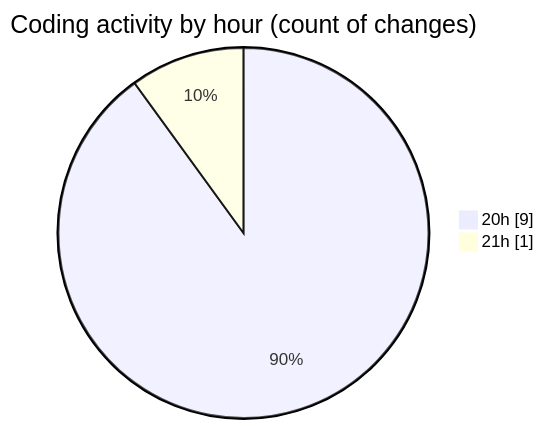
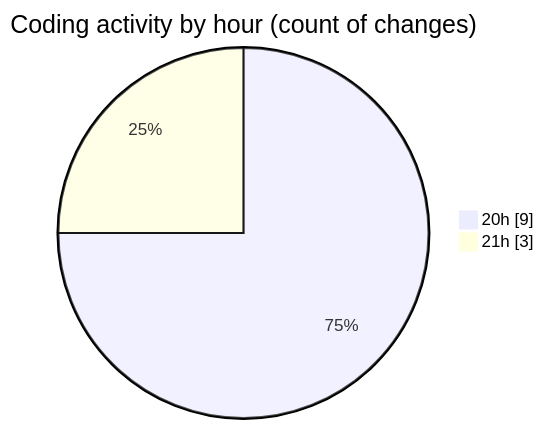
The second of 2 diagrams in 2025-12-08/dsa/README.md (Ritupan-Deka/code-tracking), drawn with Mermaid before and after one commit. The commit also changed other lines of this file and 1 other file, not shown here.

````diff
--- a/2025-12-08/dsa/README.md
+++ b/2025-12-08/dsa/README.md
@@ -31,6 +31,6 @@
 ```mermaid
 pie showData
 title Coding activity by hour (count of changes)
 "20h" : 9
-"21h" : 1
+"21h" : 3
 ```
````
